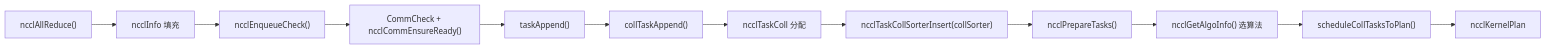
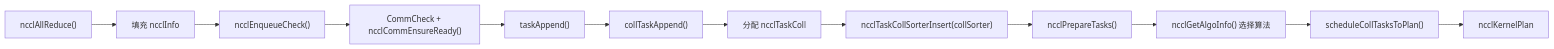
Before and after one commit to maleRjc/AiReadCodeBooks: the second of 4 diagrams in books/nccl/ru/25-retrospective-allreduce-complete-journey.md, drawn with Mermaid. The commit also changed other lines of this file and 74 other files, not shown here.

````diff
--- a/books/nccl/ru/25-retrospective-allreduce-complete-journey.md
+++ b/books/nccl/ru/25-retrospective-allreduce-complete-journey.md
@@ -299,14 +301,14 @@
 ```mermaid
 flowchart LR
-    api["ncclAllReduce()"] --> info["ncclInfo 填充"]
+    api["ncclAllReduce()"] --> info["填充 ncclInfo"]
     info --> enq["ncclEnqueueCheck()"]
     enq --> check["CommCheck + ncclCommEnsureReady()"]
     check --> append["taskAppend()"]
     append --> coll["collTaskAppend()"]
-    coll --> task["ncclTaskColl 分配"]
+    coll --> task["分配 ncclTaskColl"]
     task --> sorter["ncclTaskCollSorterInsert(collSorter)"]
     sorter --> prepare["ncclPrepareTasks()"]
-    prepare --> algo["ncclGetAlgoInfo() 选算法"]
+    prepare --> algo["ncclGetAlgoInfo() 选择算法"]
     algo --> schedule["scheduleCollTasksToPlan()"]
     schedule --> plan["ncclKernelPlan"]
 ```
````
